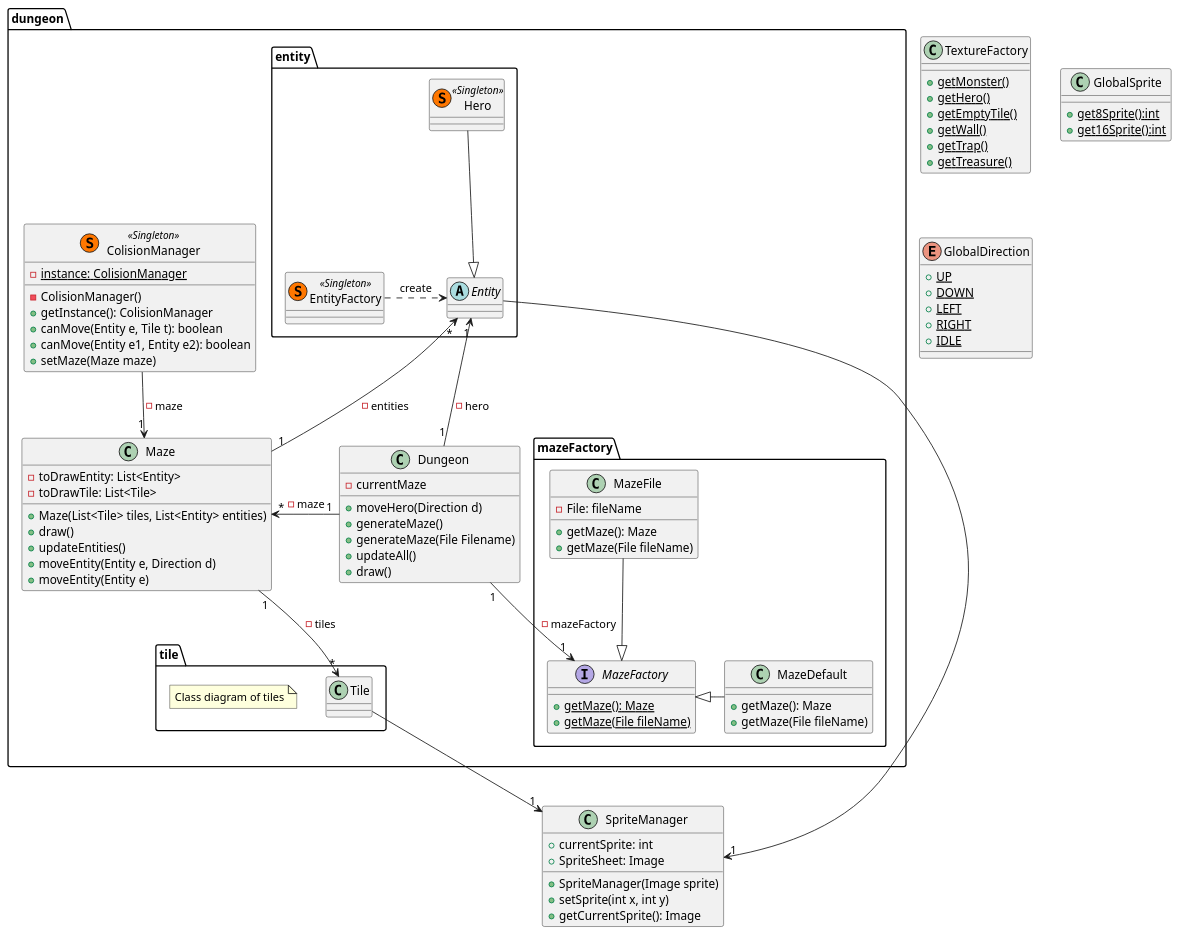
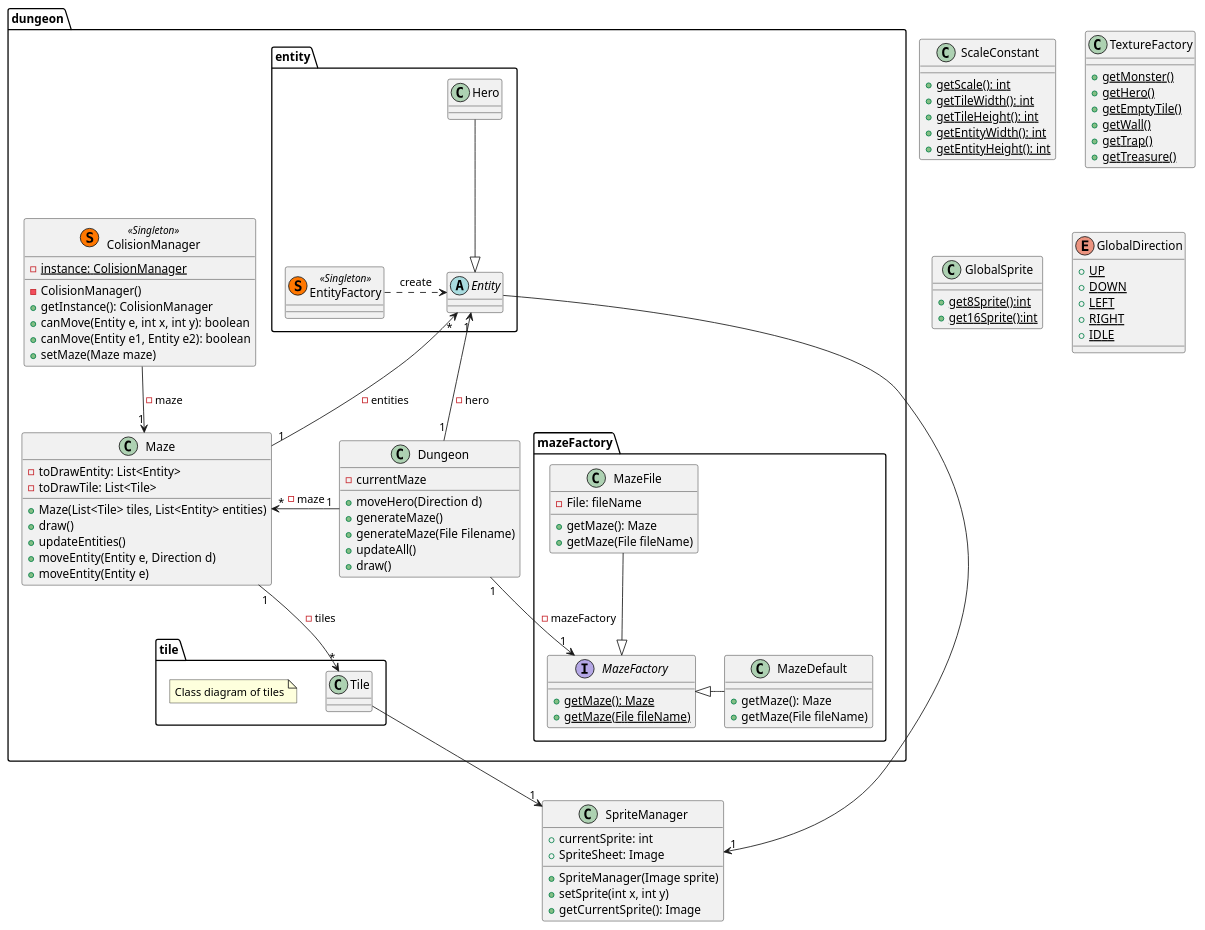
Before and after one commit to Reynault/ACL_2019_Zelpop: the diagram in doc/first_sprint/diagrams/puml/class/global.puml, drawn with PlantUML. The commit also changed 7 other files, not shown here.

Commit message:
First Sprint : Update diagrams

```diff
--- a/doc/first_sprint/diagrams/puml/class/global.puml
+++ b/doc/first_sprint/diagrams/puml/class/global.puml
@@ -1,129 +1,137 @@
 @startuml
 
 package dungeon{
 
     class Dungeon{
         - currentMaze
         + moveHero(Direction d)
         + generateMaze()
         + generateMaze(File Filename)
         + updateAll()
         + draw()
     }
 
     class Maze{
         - toDrawEntity: List<Entity>
         - toDrawTile: List<Tile>
         + Maze(List<Tile> tiles, List<Entity> entities)
         + draw()
         + updateEntities()
         + moveEntity(Entity e, Direction d)
         + moveEntity(Entity e)
     }
 
     package tile{
 
         class Tile{
 
         }
 
         note "Class diagram of tiles" as N1
 
     }
 
     package entity{
 
         abstract Entity{
 
         }
 
-        class Hero << (S,#FF7700) Singleton >>{
+        class Hero{
 
         }
 
         class EntityFactory << (S,#FF7700) Singleton >>{
 
         }
 
     }
 
     class ColisionManager << (S,#FF7700) Singleton >>{
         - {static} instance: ColisionManager
         - ColisionManager()
         + getInstance(): ColisionManager
-        + canMove(Entity e, Tile t): boolean
+        + canMove(Entity e, int x, int y): boolean
         + canMove(Entity e1, Entity e2): boolean
         + setMaze(Maze maze)
     }
 
     ColisionManager --> "1" Maze: -maze
 
     package mazeFactory{
 
         interface MazeFactory{
             + {static}getMaze(): Maze
             + {static}getMaze(File fileName)
         }
 
         class MazeFile{
             - File: fileName
             + getMaze(): Maze
             + getMaze(File fileName)
         }
 
         class MazeDefault{
             + getMaze(): Maze
             + getMaze(File fileName)
         }
 
     }
 
+}
+
+class ScaleConstant{
+    + {static} getScale(): int
+    + {static} getTileWidth(): int
+    + {static} getTileHeight(): int
+    + {static} getEntityWidth(): int
+    + {static} getEntityHeight(): int
 }
 
 class TextureFactory{
     + {static}getMonster()
     + {static}getHero()
     + {static}getEmptyTile()
     + {static}getWall()
     + {static}getTrap()
     + {static}getTreasure()
 }
 
 class SpriteManager{
     + currentSprite: int
     + SpriteSheet: Image
     + SpriteManager(Image sprite)
     + setSprite(int x, int y)
     + getCurrentSprite(): Image
 }
 
 class GlobalSprite{
     + {static} get8Sprite():int
     + {static} get16Sprite():int
 }
 
 enum GlobalDirection{
     + {static} UP
     + {static} DOWN
     + {static} LEFT
     + {static} RIGHT
     + {static} IDLE
 }
 
 MazeDefault -left-|> MazeFactory
 Dungeon "1" -left-> "*" Maze: -maze
 Dungeon "1" --> "1" MazeFactory: -mazeFactory
 Maze "1" --> "*" Tile: -tiles
 Maze "1" -up-> "*" Entity: -entities
 
 EntityFactory .right.> Entity : create
 
 Hero --|> Entity
 Dungeon "1" --> "1" Entity : -hero
 
 MazeFile --|> MazeFactory
 
 Tile --> "1" SpriteManager
 Entity -right-> "1" SpriteManager
 
 @enduml
```
